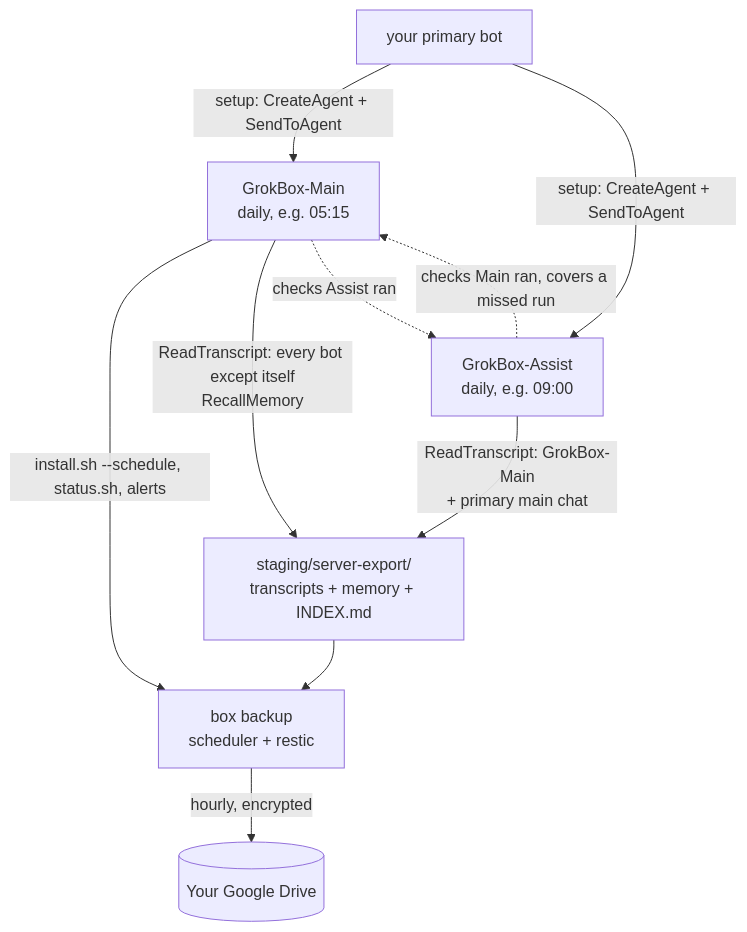
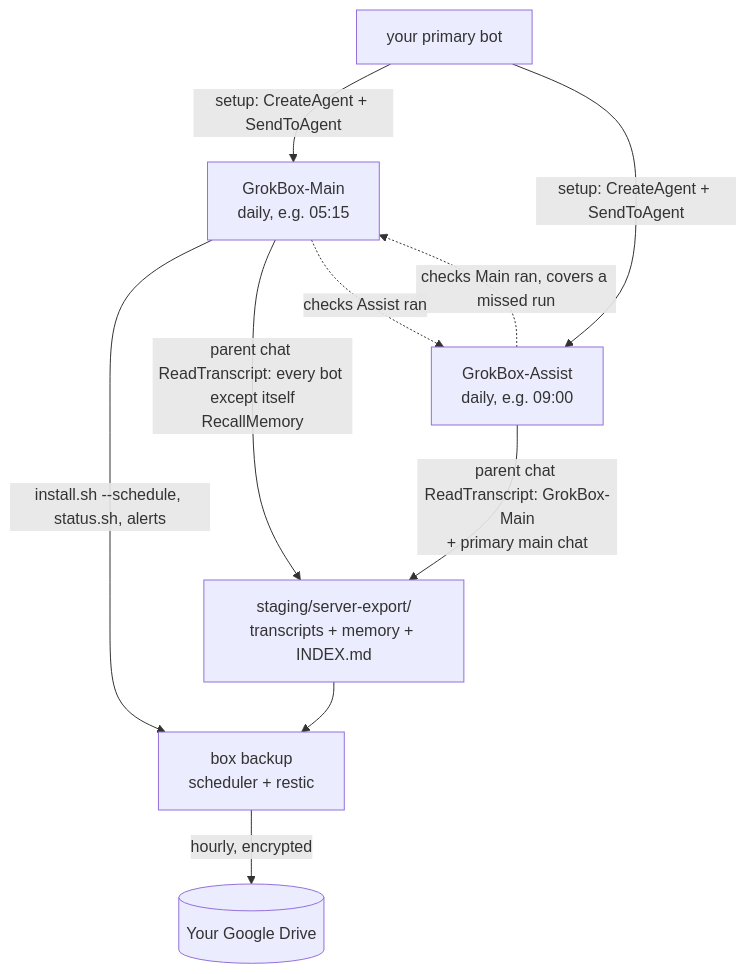
The second of 2 diagrams in README.md (dorukardahan/grokbox), drawn with Mermaid before and after one commit. The commit also changed other lines of this file and 17 other files, not shown here.

First line of the commit message:
Hand the transcript export to the parent chat; add daily-export-missed check

````diff
--- a/README.md
+++ b/README.md
@@ -40,11 +42,11 @@
 ```mermaid
 flowchart TB
   P[your primary bot] -->|setup: CreateAgent + SendToAgent| M & A
   M[GrokBox-Main<br/>daily, e.g. 05:15] -->|install.sh --schedule, status.sh, alerts| BOX[box backup<br/>scheduler + restic]
-  M -->|ReadTranscript: every bot except itself<br/>RecallMemory| X[staging/server-export/<br/>transcripts + memory + INDEX.md]
-  A[GrokBox-Assist<br/>daily, e.g. 09:00] -->|ReadTranscript: GrokBox-Main<br/>+ primary main chat| X
+  M -->|parent chat ReadTranscript: every bot except itself<br/>RecallMemory| X[staging/server-export/<br/>transcripts + memory + INDEX.md]
+  A[GrokBox-Assist<br/>daily, e.g. 09:00] -->|parent chat ReadTranscript: GrokBox-Main<br/>+ primary main chat| X
   A -.checks Main ran, covers a missed run.-> M
   M -.checks Assist ran.-> A
   X --> BOX
   BOX -->|hourly, encrypted| D[(Your Google Drive)]
 ```
````
